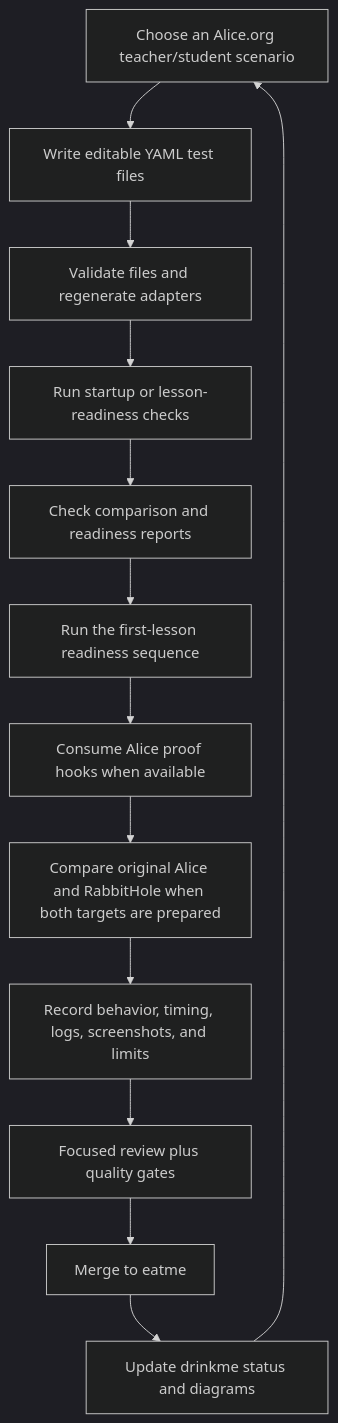
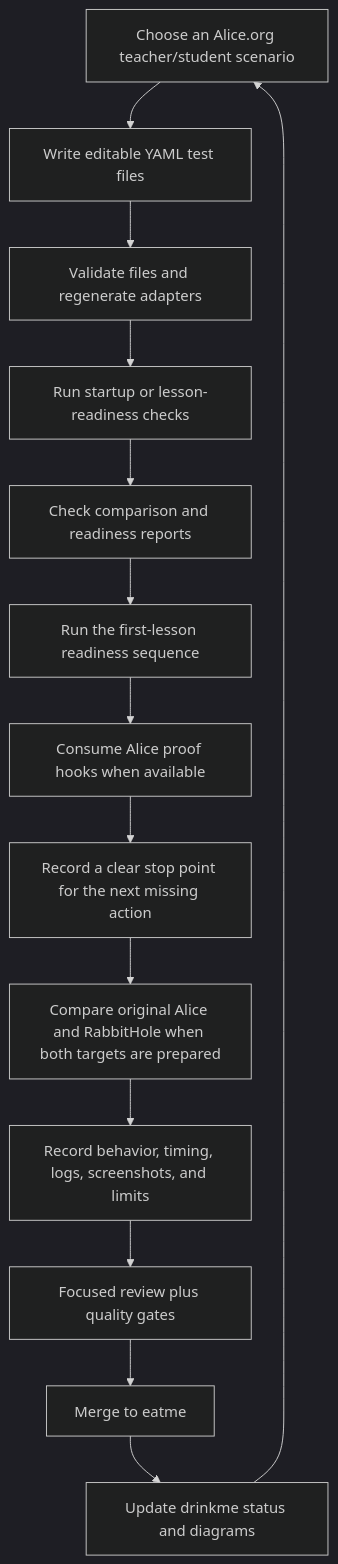
Before and after one commit to rysweet/drinkme: the sixth of 6 diagrams in README.md, drawn with Mermaid (dark theme). The commit also changed other lines of this file and 2 other files, not shown here.

````diff
--- a/README.md
+++ b/README.md
@@ -132,15 +133,16 @@
 ```mermaid
 flowchart TD
   A["Choose an Alice.org teacher/student scenario"] --> Y["Write editable YAML test files"]
   Y --> G["Validate files and regenerate adapters"]
   G --> H["Run startup or lesson-readiness checks"]
   H --> L["Check comparison and readiness reports"]
   L --> Q["Run the first-lesson readiness sequence"]
   Q --> O["Consume Alice proof hooks when available"]
-  O --> C["Compare original Alice and RabbitHole when both targets are prepared"]
+  O --> N["Record a clear stop point for the next missing action"]
+  N --> C["Compare original Alice and RabbitHole when both targets are prepared"]
   C --> B["Record behavior, timing, logs, screenshots, and limits"]
   B --> R["Focused review plus quality gates"]
   R --> M["Merge to eatme"]
   M --> S["Update drinkme status and diagrams"]
   S --> A
 ```
````
